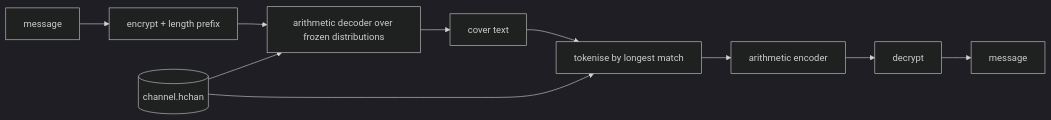
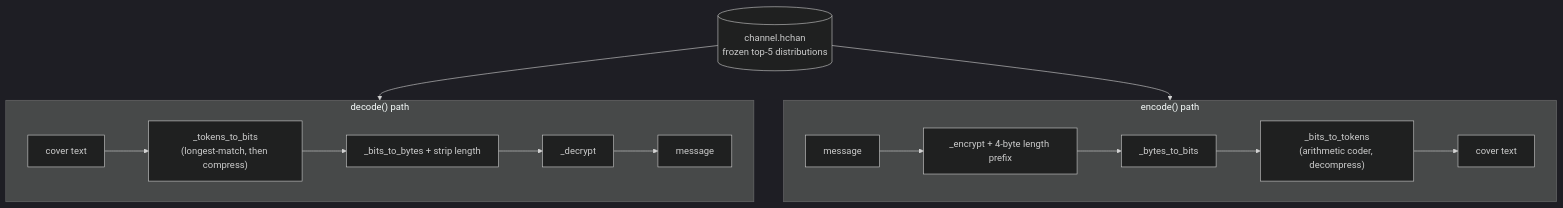
One commit to saluca-labs/velamen changed the diagram in README.md. Above: the diagram before and after it, drawn with Mermaid (dark theme). The commit also changed other lines of this file and 3 other files, not shown here.

First line of the commit message:
docs: orient AGENTS.md, refuse-to-guess llms.txt, two-path architecture diagram

````diff
--- a/README.md
+++ b/README.md
@@ -151,10 +155,23 @@
 ```mermaid
-flowchart LR
-  M[message] --> E[encrypt + length prefix]
-  E --> AC[arithmetic decoder over frozen distributions]
-  H[(channel.hchan)] --> AC
-  AC --> C[cover text]
-  C --> T[tokenise by longest match]
-  H --> T
-  T --> AE[arithmetic encoder] --> D[decrypt] --> M2[message]
+flowchart TB
+  H[(channel.hchan<br/>frozen top-5 distributions)]
+
+  subgraph encode["encode() path"]
+    direction LR
+    M1[message] --> EN["_encrypt + 4-byte length prefix"]
+    EN --> B1["_bytes_to_bits"]
+    B1 --> TK["_bits_to_tokens<br/>(arithmetic coder, decompress)"]
+    TK --> C1[cover text]
+  end
+
+  subgraph decode["decode() path"]
+    direction LR
+    C2[cover text] --> TB["_tokens_to_bits<br/>(longest-match, then compress)"]
+    TB --> B2["_bits_to_bytes + strip length"]
+    B2 --> DE["_decrypt"]
+    DE --> M2[message]
+  end
+
+  H --> TK
+  H --> TB
 ```
````
